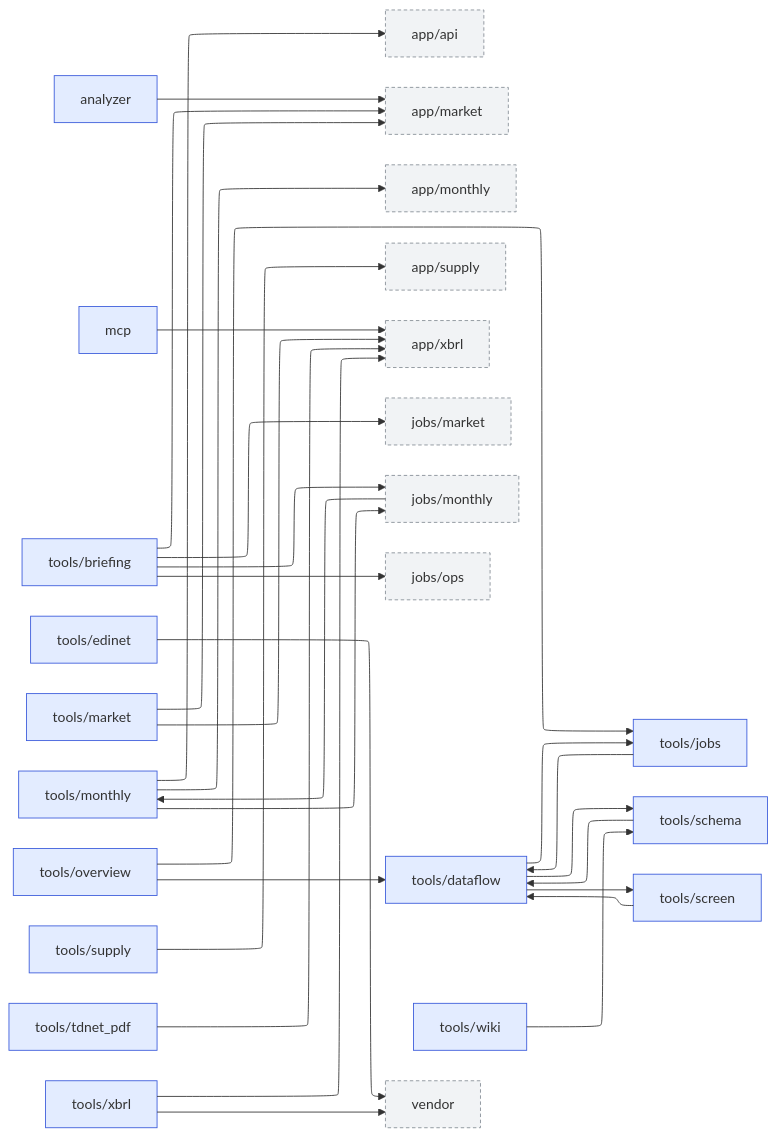
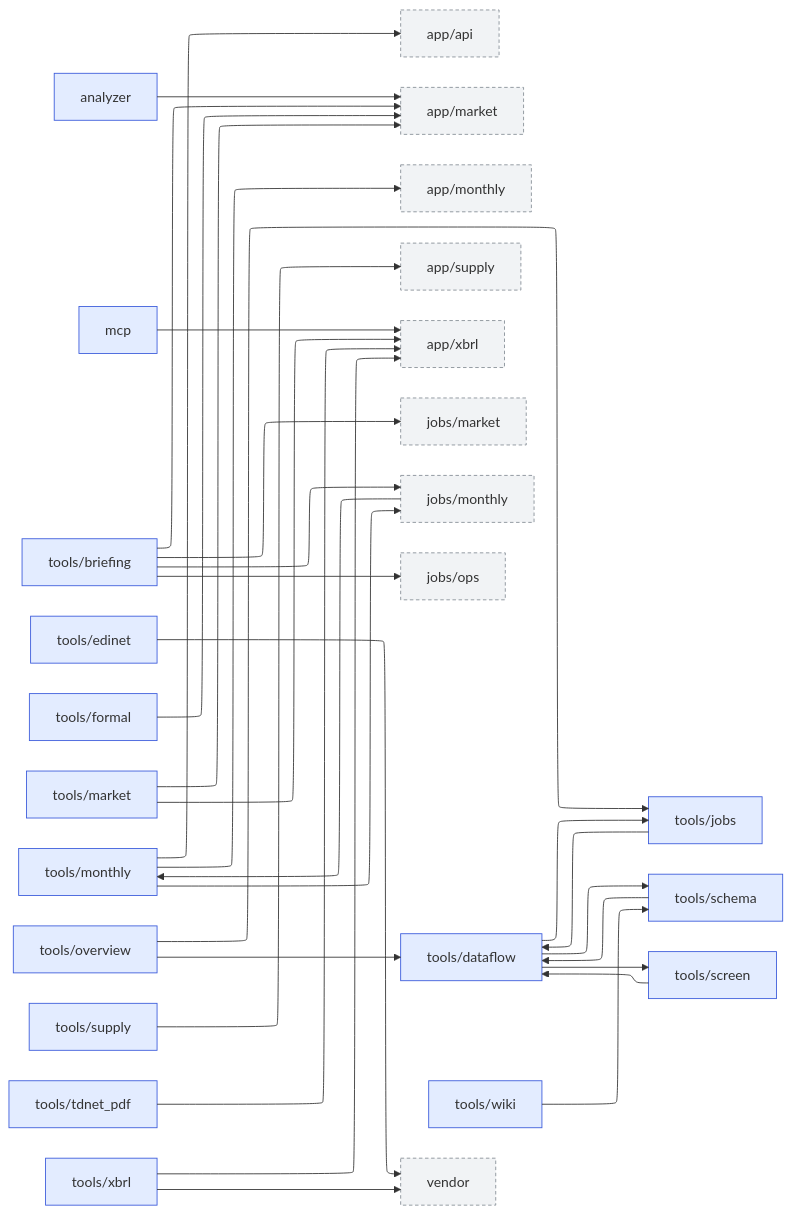
One commit to pekumirui/stock-analyzer changed the third of 3 diagrams in docs/overview/modules.md. Above: the diagram before and after it, drawn with Mermaid. The commit also changed other lines of this file and 5 other files, not shown here.

````diff
--- a/docs/overview/modules.md
+++ b/docs/overview/modules.md
@@ -90,59 +90,61 @@
 ```mermaid
 ---
 config:
   layout: elk
 ---
 flowchart LR
   n0["analyzer"]:::own
   n1["app/api"]:::ext
   n2["app/market"]:::ext
   n3["app/monthly"]:::ext
   n4["app/supply"]:::ext
   n5["app/xbrl"]:::ext
   n6["jobs/market"]:::ext
   n7["jobs/monthly"]:::ext
   n8["jobs/ops"]:::ext
   n9["mcp"]:::own
   n10["tools/briefing"]:::own
   n11["tools/dataflow"]:::own
   n12["tools/edinet"]:::own
-  n13["tools/jobs"]:::own
-  n14["tools/market"]:::own
-  n15["tools/monthly"]:::own
-  n16["tools/overview"]:::own
-  n17["tools/schema"]:::own
-  n18["tools/screen"]:::own
-  n19["tools/supply"]:::own
-  n20["tools/tdnet_pdf"]:::own
-  n21["tools/wiki"]:::own
-  n22["tools/xbrl"]:::own
-  n23["vendor"]:::ext
+  n13["tools/formal"]:::own
+  n14["tools/jobs"]:::own
+  n15["tools/market"]:::own
+  n16["tools/monthly"]:::own
+  n17["tools/overview"]:::own
+  n18["tools/schema"]:::own
+  n19["tools/screen"]:::own
+  n20["tools/supply"]:::own
+  n21["tools/tdnet_pdf"]:::own
+  n22["tools/wiki"]:::own
+  n23["tools/xbrl"]:::own
+  n24["vendor"]:::ext
   n0 --> n2
-  n7 --> n15
+  n7 --> n16
   n9 --> n5
   n10 --> n2
   n10 --> n6
   n10 --> n7
   n10 --> n8
-  n11 --> n13
-  n11 --> n17
+  n11 --> n14
   n11 --> n18
-  n12 --> n23
-  n13 --> n11
-  n14 --> n2
-  n14 --> n5
-  n15 --> n1
-  n15 --> n3
-  n15 --> n7
-  n16 --> n11
-  n16 --> n13
+  n11 --> n19
+  n12 --> n24
+  n13 --> n2
+  n14 --> n11
+  n15 --> n2
+  n15 --> n5
+  n16 --> n1
+  n16 --> n3
+  n16 --> n7
   n17 --> n11
+  n17 --> n14
   n18 --> n11
-  n19 --> n4
-  n20 --> n5
-  n21 --> n17
-  n22 --> n5
-  n22 --> n23
+  n19 --> n11
+  n20 --> n4
+  n21 --> n5
+  n22 --> n18
+  n23 --> n5
+  n23 --> n24
   classDef own fill:#e3ecff,stroke:#3b5bdb
   classDef ext fill:#f1f3f5,stroke:#868e96,stroke-dasharray:4 3
 ```
````
